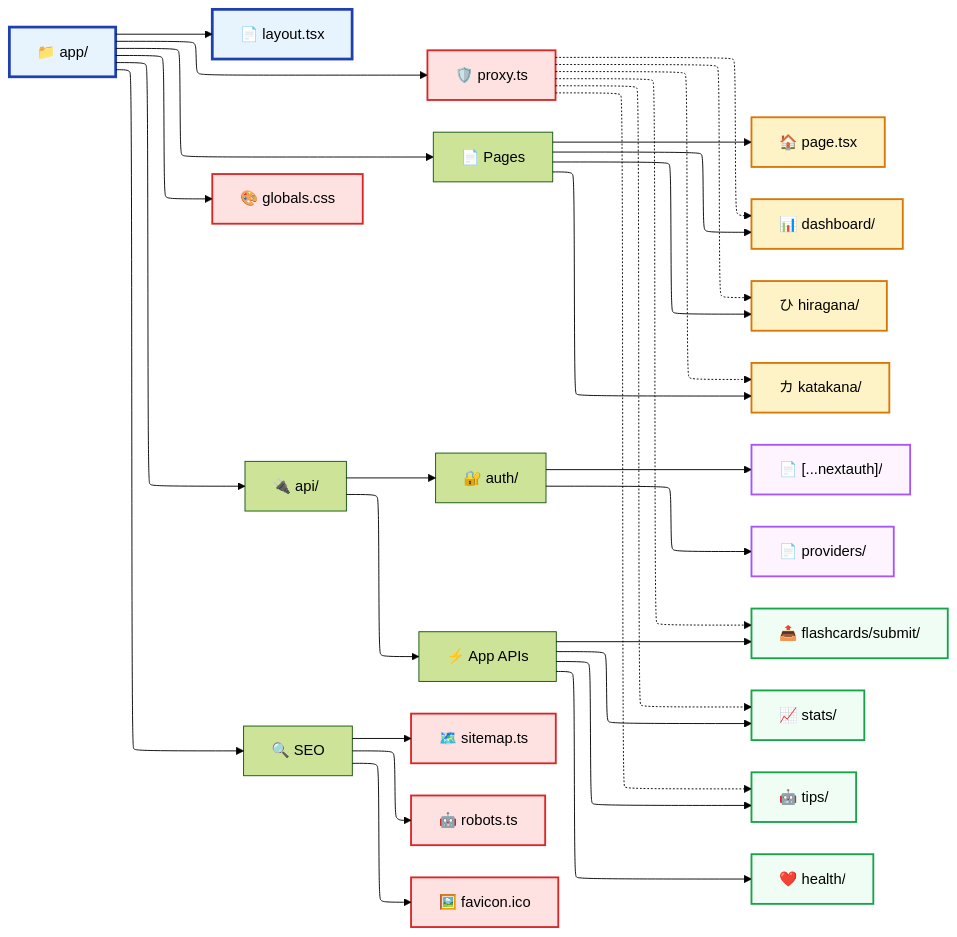
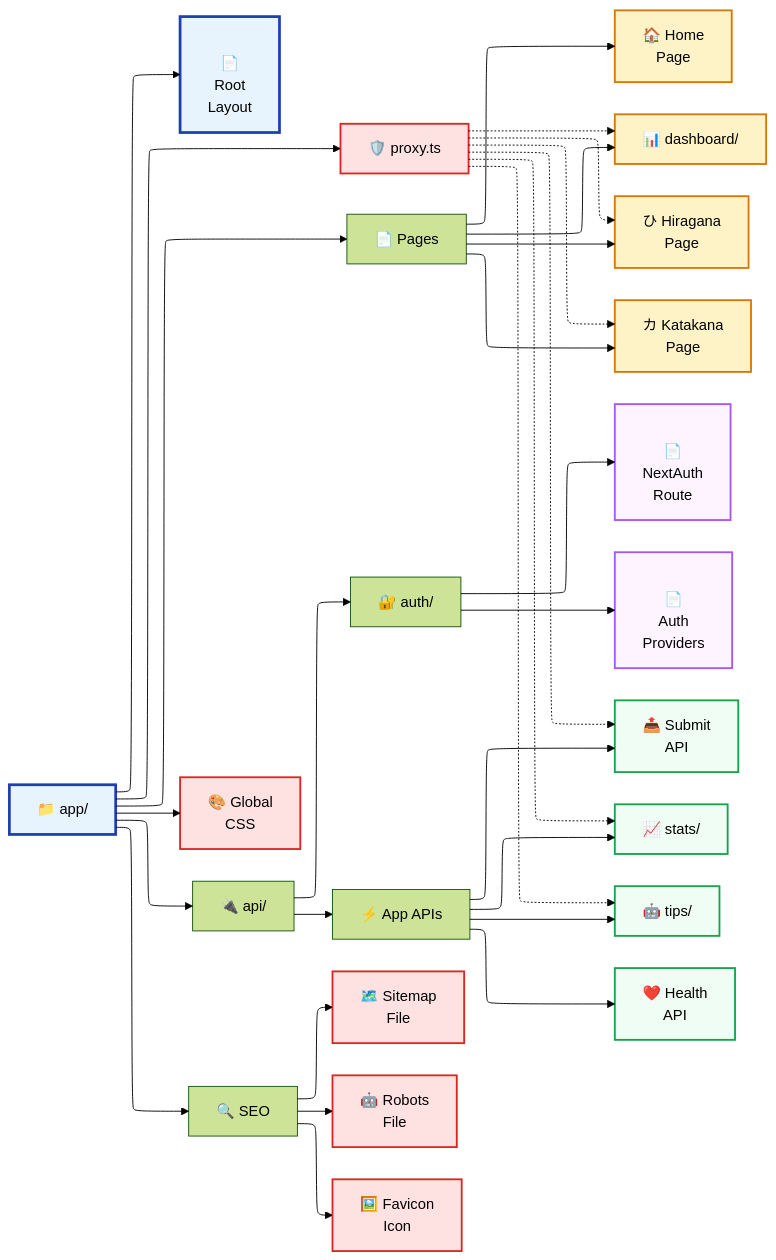
Before and after one commit to sakan811/SakuMari: the diagram in docs/mermaid/app.mmd, drawn with Mermaid. The commit also changed 7 other files, not shown here.

Commit message:
Update documentation diagrams and package configuration

```diff
--- a/docs/mermaid/app.mmd
+++ b/docs/mermaid/app.mmd
@@ -1,53 +1,69 @@
 ---
 config:
   theme: 'forest'
   defaultRenderer: "elk"
   layout: elk
 ---
 flowchart LR
     AppRoot["📁 app/"]
 
-    AppRoot --> RootLayout["📄 layout.tsx"]
+    AppRoot --> RootLayout[<br/>📄<br/>Root<br/>Layout<br/>]
     AppRoot --> Proxy["🛡️ proxy.ts"]
-    AppRoot --> GlobalCSS["🎨 globals.css"]
+    AppRoot --> GlobalCSS["🎨 Global<br/>CSS"]
 
     AppRoot --> Pages["📄 Pages"]
-    Pages --> HomePage["🏠 page.tsx"]
+    Pages --> HomePage["🏠 Home<br/>Page"]
     Pages --> Dashboard["📊 dashboard/"]
-    Pages --> Hiragana["ひ hiragana/"]
-    Pages --> Katakana["カ katakana/"]
+    Pages --> Hiragana["ひ Hiragana<br/>Page"]
+    Pages --> Katakana["カ Katakana<br/>Page"]
 
     AppRoot --> API["🔌 api/"]
     API --> AuthAPI["🔐 auth/"]
-    AuthAPI --> NextAuth["📄 [...nextauth]/"]
-    AuthAPI --> Providers["📄 providers/"]
+    AuthAPI --> NextAuth[<br/>📄<br/>NextAuth<br/>Route<br/>]
+    AuthAPI --> Providers[<br/>📄<br/>Auth<br/>Providers<br/>]
 
     API --> AppAPI["⚡ App APIs"]
-    AppAPI --> SubmitAPI["📤 flashcards/submit/"]
+    AppAPI --> SubmitAPI["📤 Submit<br/>API"]
     AppAPI --> StatsAPI["📈 stats/"]
     AppAPI --> TipsAPI["🤖 tips/"]
-    AppAPI --> HealthAPI["❤️ health/"]
+    AppAPI --> HealthAPI["❤️ Health<br/>API"]
 
     AppRoot --> SEO["🔍 SEO"]
-    SEO --> Sitemap["🗺️ sitemap.ts"]
-    SEO --> Robots["🤖 robots.ts"]
-    SEO --> Favicon["🖼️ favicon.ico"]
+    SEO --> Sitemap["🗺️ Sitemap<br/>File"]
+    SEO --> Robots["🤖 Robots<br/>File"]
+    SEO --> Favicon["🖼️ Favicon<br/>Icon"]
 
     Proxy -.-> Dashboard
     Proxy -.-> Hiragana
     Proxy -.-> Katakana
     Proxy -.-> SubmitAPI
     Proxy -.-> StatsAPI
     Proxy -.-> TipsAPI
 
     classDef rootStructure fill:#e8f4fd,stroke:#1e40af,stroke-width:3px
     classDef pageRoute fill:#fef3c7,stroke:#d97706,stroke-width:2px
     classDef apiRoute fill:#f0fdf4,stroke:#16a34a,stroke-width:2px
     classDef authRoute fill:#fdf4ff,stroke:#a855f7,stroke-width:2px
     classDef globalFile fill:#fee2e2,stroke:#dc2626,stroke-width:2px
+    classDef wideNode padding:15px,font-size:14px
+
+    %% Individual node styles for problematic text
+    style AppRoot fill:#e8f4fd,stroke:#1e40af,stroke-width:3px,padding:15px
+    style RootLayout fill:#e8f4fd,stroke:#1e40af,stroke-width:3px,padding:15px
+    style GlobalCSS fill:#fee2e2,stroke:#dc2626,stroke-width:2px,padding:12px
+    style HomePage fill:#fef3c7,stroke:#d97706,stroke-width:2px,padding:12px
+    style Hiragana fill:#fef3c7,stroke:#d97706,stroke-width:2px,padding:12px
+    style Katakana fill:#fef3c7,stroke:#d97706,stroke-width:2px,padding:12px
+    style NextAuth fill:#fdf4ff,stroke:#a855f7,stroke-width:2px,padding:12px
+    style Providers fill:#fdf4ff,stroke:#a855f7,stroke-width:2px,padding:12px
+    style SubmitAPI fill:#f0fdf4,stroke:#16a34a,stroke-width:2px,padding:12px
+    style HealthAPI fill:#f0fdf4,stroke:#16a34a,stroke-width:2px,padding:12px
+    style Sitemap fill:#fee2e2,stroke:#dc2626,stroke-width:2px,padding:12px
+    style Robots fill:#fee2e2,stroke:#dc2626,stroke-width:2px,padding:12px
+    style Favicon fill:#fee2e2,stroke:#dc2626,stroke-width:2px,padding:12px
 
     class AppRoot,RootLayout rootStructure
     class HomePage,Dashboard,Hiragana,Katakana pageRoute
     class SubmitAPI,StatsAPI,TipsAPI,HealthAPI apiRoute
     class NextAuth,Providers authRoute
     class Proxy,GlobalCSS,Sitemap,Robots,Favicon globalFile
```
